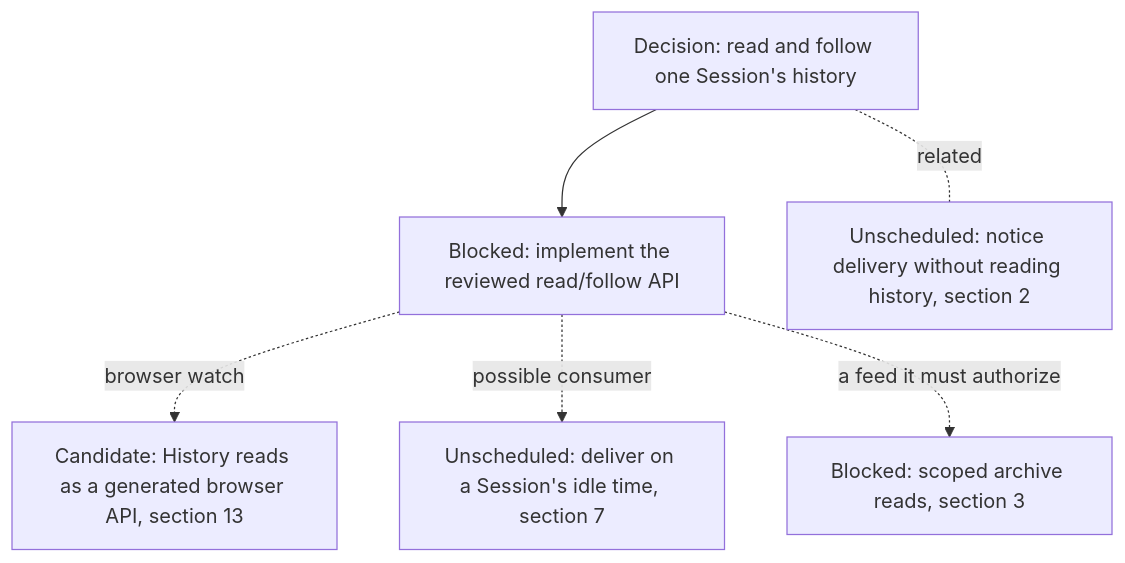
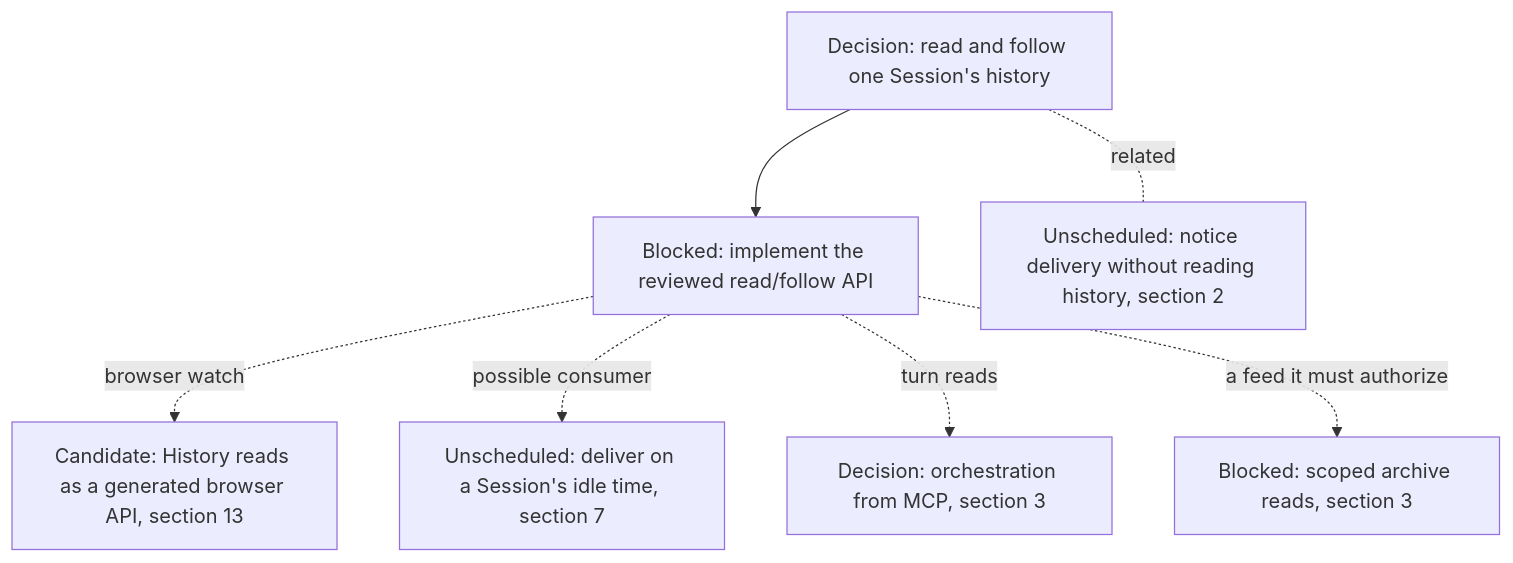
Before and after one commit to agentydragon-agent/ducktape: diagram 15 of 19 in agentplane/plans/task_dag.md, drawn with Mermaid. The commit also changed other lines of this file and 4 other files, not shown here.

````diff
--- a/agentplane/plans/task_dag.md
+++ b/agentplane/plans/task_dag.md
@@ -1437,14 +1461,15 @@
 ```mermaid
 flowchart TD
     HISTORY_READ_FOLLOW_DESIGN[Decision: read and follow one Session's history]
     HISTORY_READ_FOLLOW_API[Blocked: implement the reviewed read/follow API]
     HISTORY_READS_FACADE[Candidate: History reads as a generated browser API, section 13]
     SESSION_ACTIVITY_STREAM[Unscheduled: deliver on a Session's idle time, section 7]
     NOTIFICATION_COMMAND_OUTCOME_DESIGN[Unscheduled: notice delivery without reading history, section 2]
     THREAD_READ_POLICY[Blocked: scoped archive reads, section 3]
     HISTORY_READ_FOLLOW_DESIGN --> HISTORY_READ_FOLLOW_API
     HISTORY_READ_FOLLOW_API -. browser watch .-> HISTORY_READS_FACADE
     HISTORY_READ_FOLLOW_API -. possible consumer .-> SESSION_ACTIVITY_STREAM
+    HISTORY_READ_FOLLOW_API -. turn reads .-> MCP_ORCHESTRATION_DESIGN[Decision: orchestration from MCP, section 3]
     HISTORY_READ_FOLLOW_DESIGN -. related .- NOTIFICATION_COMMAND_OUTCOME_DESIGN
     HISTORY_READ_FOLLOW_API -. a feed it must authorize .-> THREAD_READ_POLICY
 ```
````
